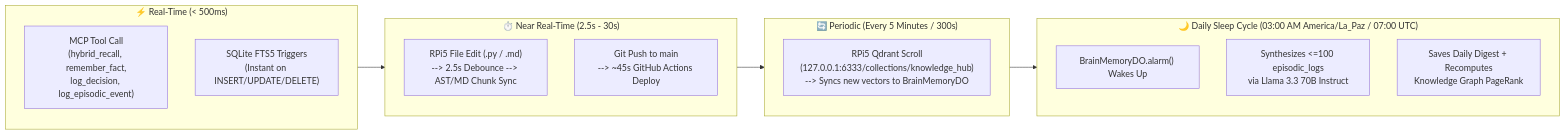
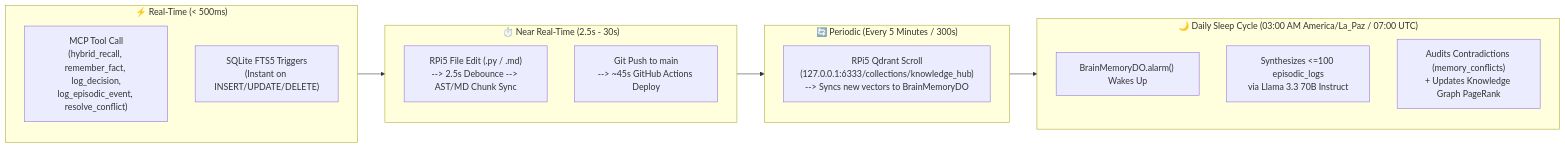
Before and after one commit to t0m-a/gemini-brain: the fourth of 11 diagrams in README.md, drawn with Mermaid. The commit also changed other lines of this file and 5 other files, not shown here.

````diff
--- a/README.md
+++ b/README.md
@@ -392,24 +409,24 @@
 ```mermaid
 flowchart LR
     subgraph Realtime["⚡ Real-Time (< 500ms)"]
-        RT1["MCP Tool Call<br/>(hybrid_recall, remember_fact,<br/>log_decision, log_episodic_event)"]
+        RT1["MCP Tool Call<br/>(hybrid_recall, remember_fact, log_decision,<br/>log_episodic_event, resolve_conflict)"]
         RT2["SQLite FTS5 Triggers<br/>(Instant on INSERT/UPDATE/DELETE)"]
     end
 
     subgraph NearRealtime["⏱️ Near Real-Time (2.5s - 30s)"]
         NRT1["RPi5 File Edit (.py / .md)<br/>--> 2.5s Debounce --> AST/MD Chunk Sync"]
         NRT2["Git Push to main<br/>--> ~45s GitHub Actions Deploy"]
     end
 
     subgraph Periodic["🔄 Periodic (Every 5 Minutes / 300s)"]
         P1["RPi5 Qdrant Scroll<br/>(127.0.0.1:6333/collections/knowledge_hub)<br/>--> Syncs new vectors to BrainMemoryDO"]
     end
 
     subgraph Nocturnal["🌙 Daily Sleep Cycle (03:00 AM America/La_Paz / 07:00 UTC)"]
         N1["BrainMemoryDO.alarm() Wakes Up"]
         N2["Synthesizes <=100 episodic_logs<br/>via Llama 3.3 70B Instruct"]
-        N3["Saves Daily Digest + Recomputes<br/>Knowledge Graph PageRank"]
+        N3["Audits Contradictions (memory_conflicts)<br/>+ Updates Knowledge Graph PageRank"]
     end
 
     Realtime --> NearRealtime --> Periodic --> Nocturnal
 ```
````
